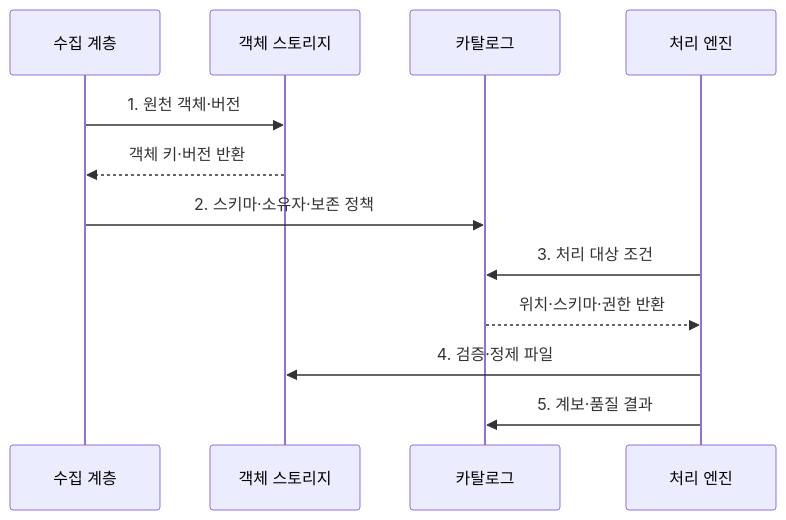
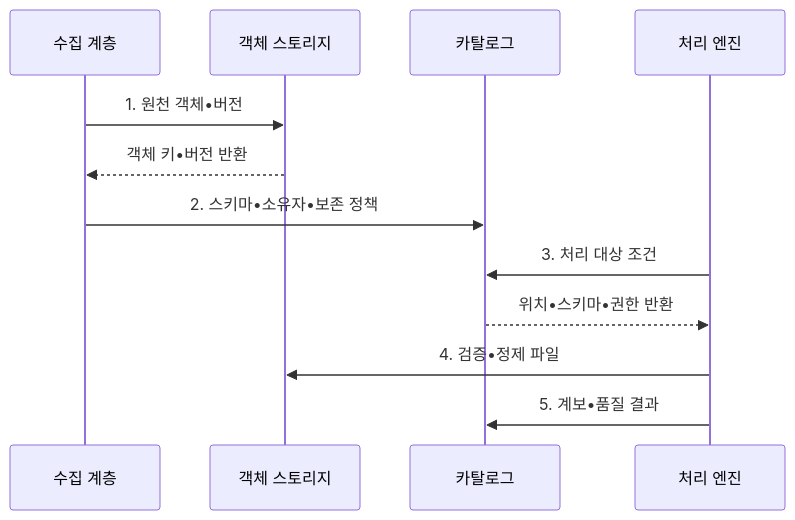
Before and after one commit to agnusdei1207/knowledge-base: the second of 2 diagrams in src/content/docs/notes/03-software/125_data_lake.md, drawn with Mermaid. The commit also changed other lines of this file and 953 other files, not shown here.

````diff
--- a/src/content/docs/notes/03-software/125_data_lake.md
+++ b/src/content/docs/notes/03-software/125_data_lake.md
@@ -110,14 +110,14 @@
 ```mermaid
 sequenceDiagram
     participant I as 수집 계층
     participant O as 객체 스토리지
     participant C as 카탈로그
     participant P as 처리 엔진
-    I->>O: 1. 원천 객체·버전
-    O-->>I: 객체 키·버전 반환
-    I->>C: 2. 스키마·소유자·보존 정책
+    I->>O: 1. 원천 객체•버전
+    O-->>I: 객체 키•버전 반환
+    I->>C: 2. 스키마•소유자•보존 정책
     P->>C: 3. 처리 대상 조건
-    C-->>P: 위치·스키마·권한 반환
-    P->>O: 4. 검증·정제 파일
-    P->>C: 5. 계보·품질 결과
+    C-->>P: 위치•스키마•권한 반환
+    P->>O: 4. 검증•정제 파일
+    P->>C: 5. 계보•품질 결과
 ```
````
